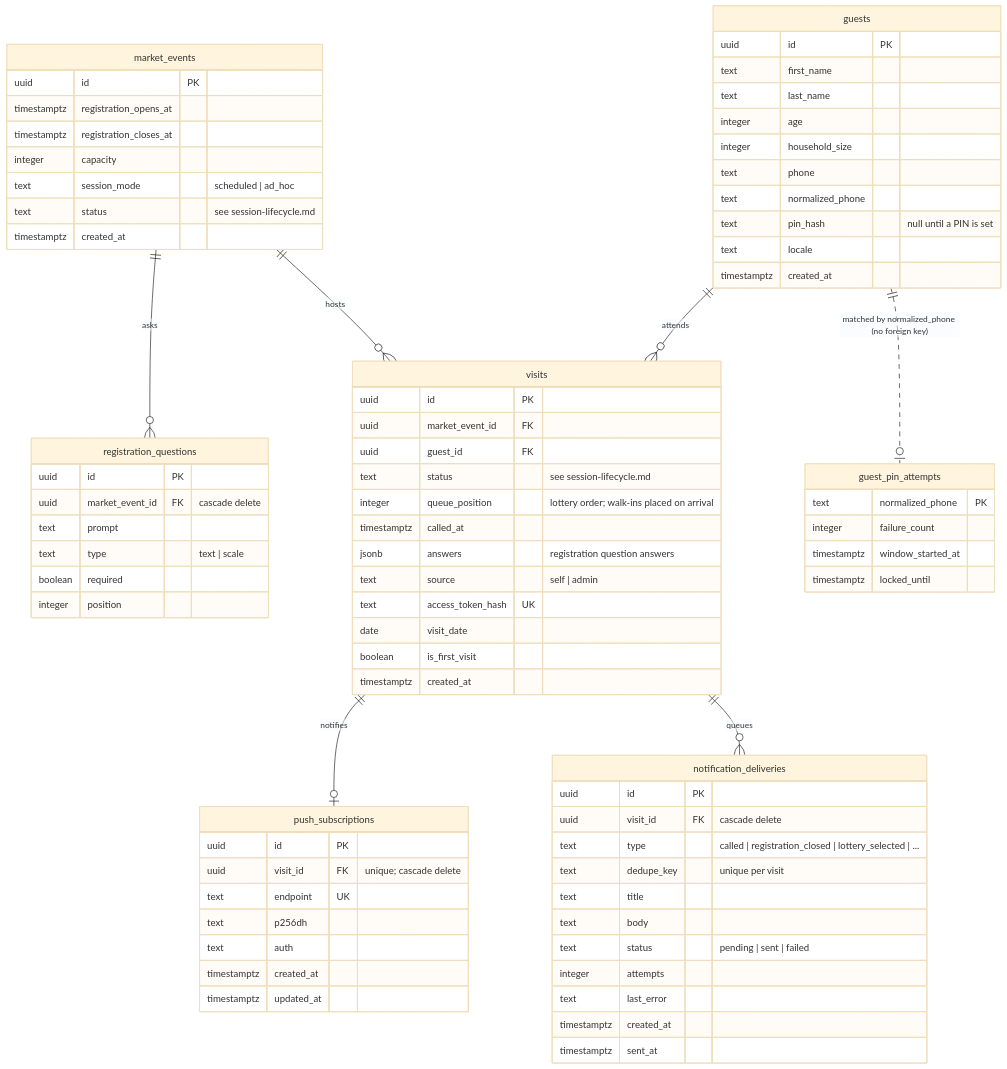
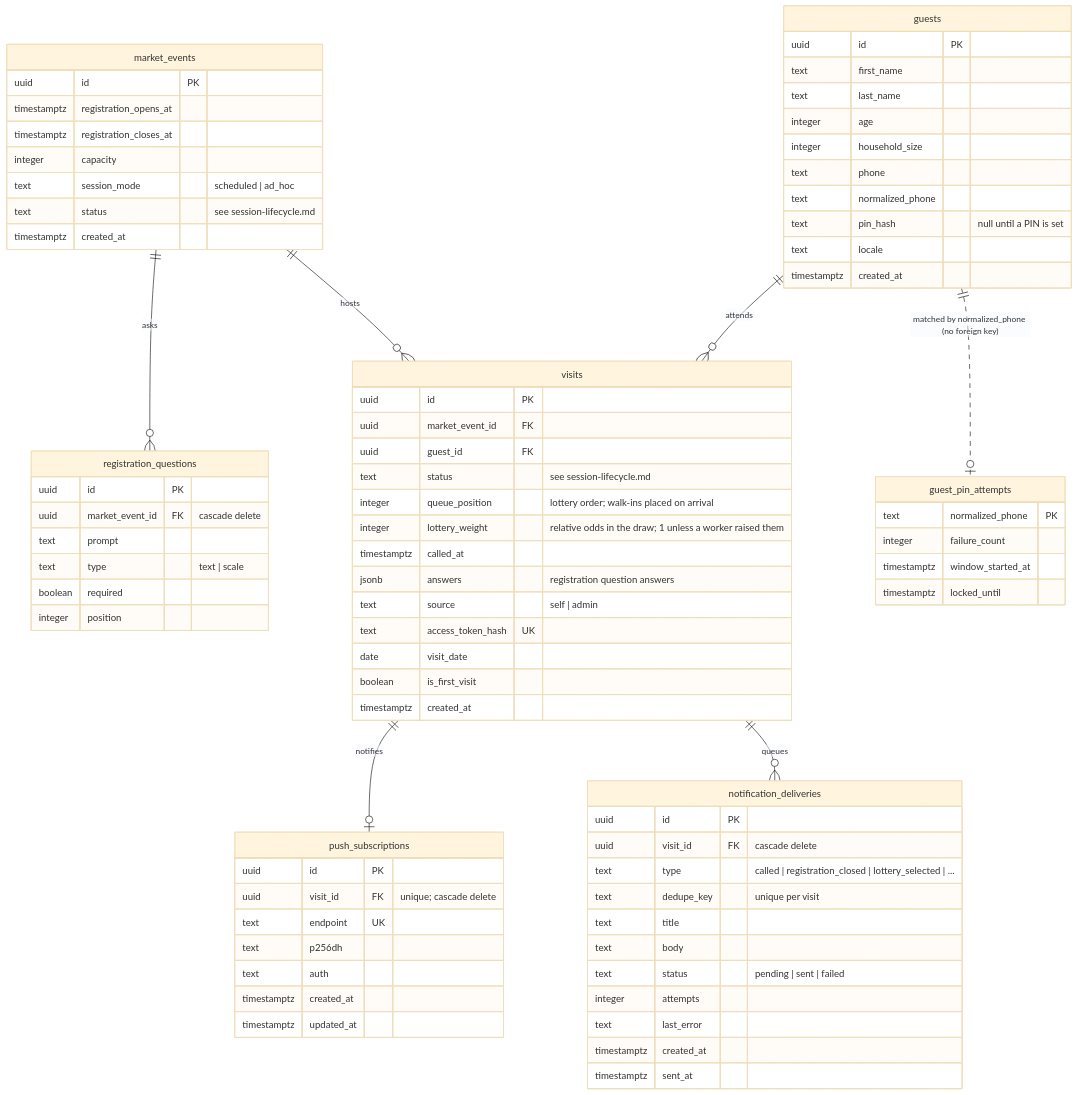
One commit to bay-compassion/food-market-app changed the diagram in docs/data-model.md. Above: the diagram before and after it, drawn with Mermaid (base theme). The commit also changed other lines of this file and 15 other files, not shown here.

```diff
--- a/docs/data-model.md
+++ b/docs/data-model.md
@@ -60,6 +60,7 @@
         uuid guest_id FK
         text status "see session-lifecycle.md"
         integer queue_position "lottery order; walk-ins placed on arrival"
+        integer lottery_weight "relative odds in the draw; 1 unless a worker raised them"
         timestamptz called_at
         jsonb answers "registration question answers"
         text source "self | admin"
```
